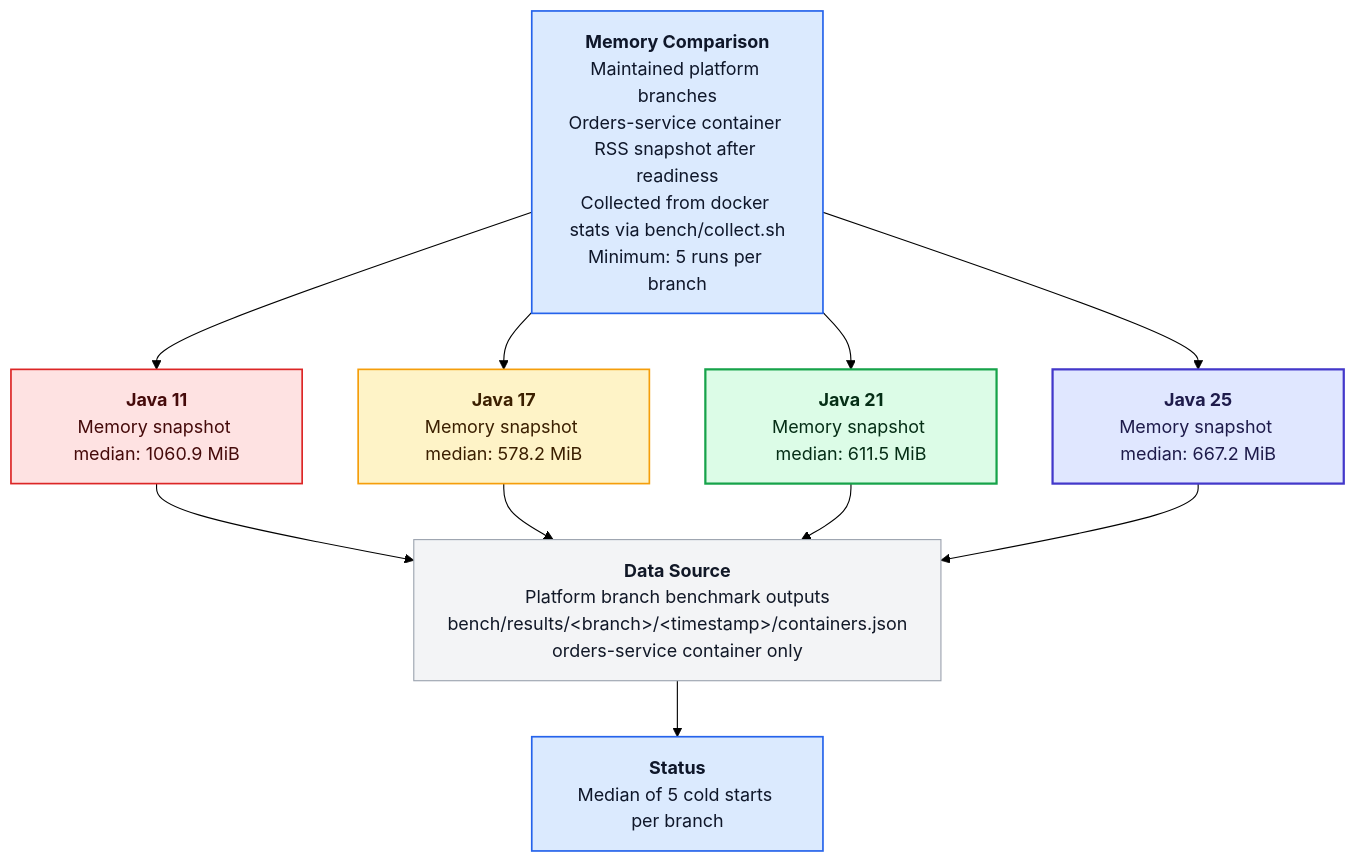
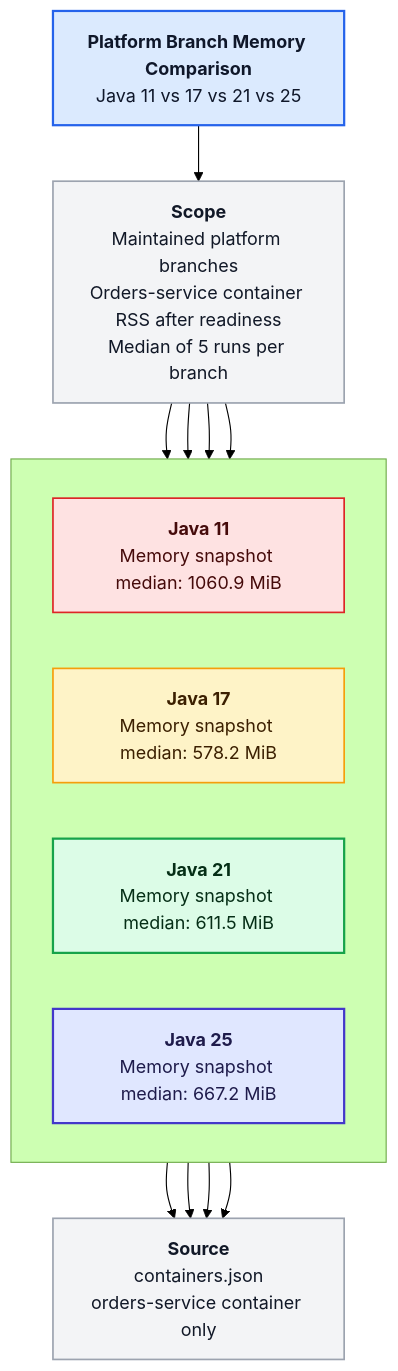
The diagram in docs/episodes/episode-07/assets/diagrams/E07-D02-memory-footprint-comparison.md (SaschaMoellering/acmecorp-platform), drawn with Mermaid (forest theme) before and after one commit. The commit also changed 4 other files, not shown here.

Commit message:
Episode 7: finalize benchmark diagram family (D01–D04)

````diff
--- a/docs/episodes/episode-07/assets/diagrams/E07-D02-memory-footprint-comparison.md
+++ b/docs/episodes/episode-07/assets/diagrams/E07-D02-memory-footprint-comparison.md
@@ -1,31 +1,34 @@
 ```mermaid
 flowchart TB
 
 %% === AcmeCorp Diagram Style Standard ===
 classDef java11 fill:#FEE2E2,stroke:#DC2626,stroke-width:1.5px,color:#450A0A;
 classDef java17 fill:#FEF3C7,stroke:#F59E0B,stroke-width:1.5px,color:#3B1F00;
 classDef java21 fill:#DCFCE7,stroke:#16A34A,stroke-width:2px,color:#052E16;
 classDef java25 fill:#E0E7FF,stroke:#4338CA,stroke-width:2px,color:#1E1B4B;
-classDef metric fill:#DBEAFE,stroke:#2563EB,stroke-width:1.5px,color:#0F172A;
-classDef component fill:#F3F4F6,stroke:#9CA3AF,stroke-width:1px,color:#111827;
+classDef metric fill:#DBEAFE,stroke:#2563EB,stroke-width:2px,color:#0F172A;
+classDef neutral fill:#F3F4F6,stroke:#9CA3AF,stroke-width:1.5px,color:#111827;
 
-Method["<b>Memory Comparison</b><br/>Maintained platform branches<br/>Orders-service container RSS snapshot after readiness<br/>Collected from docker stats via bench/collect.sh<br/>Minimum: 5 runs per branch"]:::metric
+Title["<b>Platform Branch Memory Comparison</b><br/>Java 11 vs 17 vs 21 vs 25"]:::metric
+Scope["<b>Scope</b><br/>Maintained platform branches<br/>Orders-service container RSS after readiness<br/>Median of 5 runs per branch"]:::neutral
 
+subgraph Compare[" "]
+direction LR
 J11["<b>Java 11</b><br/>Memory snapshot median: 1060.9 MiB"]:::java11
 J17["<b>Java 17</b><br/>Memory snapshot median: 578.2 MiB"]:::java17
 J21["<b>Java 21</b><br/>Memory snapshot median: 611.5 MiB"]:::java21
 J25["<b>Java 25</b><br/>Memory snapshot median: 667.2 MiB"]:::java25
+end
 
-Data["<b>Data Source</b><br/>Platform branch benchmark outputs<br/>bench/results/&lt;branch&gt;/&lt;timestamp&gt;/containers.json<br/>orders-service container only"]:::component
-Status["<b>Status</b><br/>Median of 5 cold starts per branch"]:::metric
+Source["<b>Source</b><br/>containers.json<br/>orders-service container only"]:::neutral
 
-Method --> J11
-Method --> J17
-Method --> J21
-Method --> J25
-J11 --> Data
-J17 --> Data
-J21 --> Data
-J25 --> Data
-Data --> Status
+Title --> Scope
+Scope --> J11
+Scope --> J17
+Scope --> J21
+Scope --> J25
+J11 --> Source
+J17 --> Source
+J21 --> Source
+J25 --> Source
 ```
````
